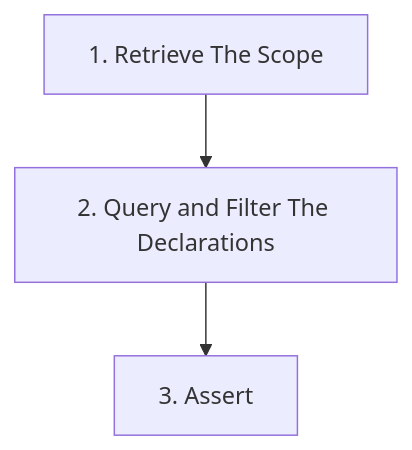
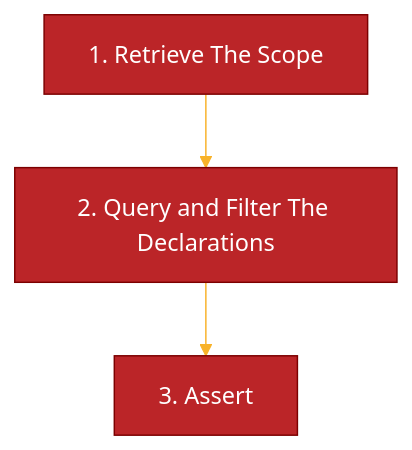
The diagram in getting-started/gettingstarted.md (LemonAppDev/konsist-documentation), drawn with Mermaid before and after one commit. The commit also changed other lines of this file, not shown here.

Commit message:
GITBOOK-80: change request with no subject merged in GitBook

````diff
--- a/getting-started/gettingstarted.md
+++ b/getting-started/gettingstarted.md
@@ -74,6 +74,19 @@
 ```mermaid
+%%{
+  init: {
+    'theme': 'base',
+    'themeVariables': {
+      'primaryColor': '#BB2528',
+      'primaryTextColor': '#fff',
+      'primaryBorderColor': '#7C0000',
+      'lineColor': '#F8B229',
+      'secondaryColor': '#006100',
+      'tertiaryColor': '#fff'
+    }
+  }
+}%%
 flowchart TB
     Step1["1. Retrieve The Scope"]-->Step2
     Step2["2. Query and Filter The Declarations"]-->Step3
     Step3["3. Assert"]
 ```
````
